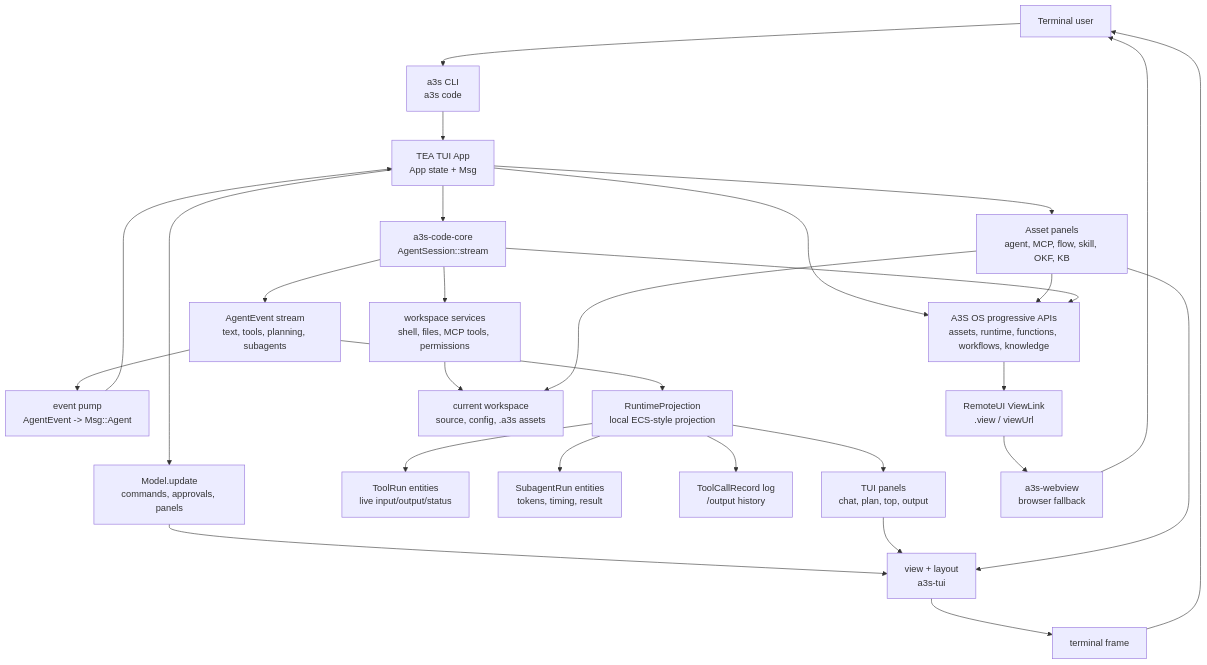
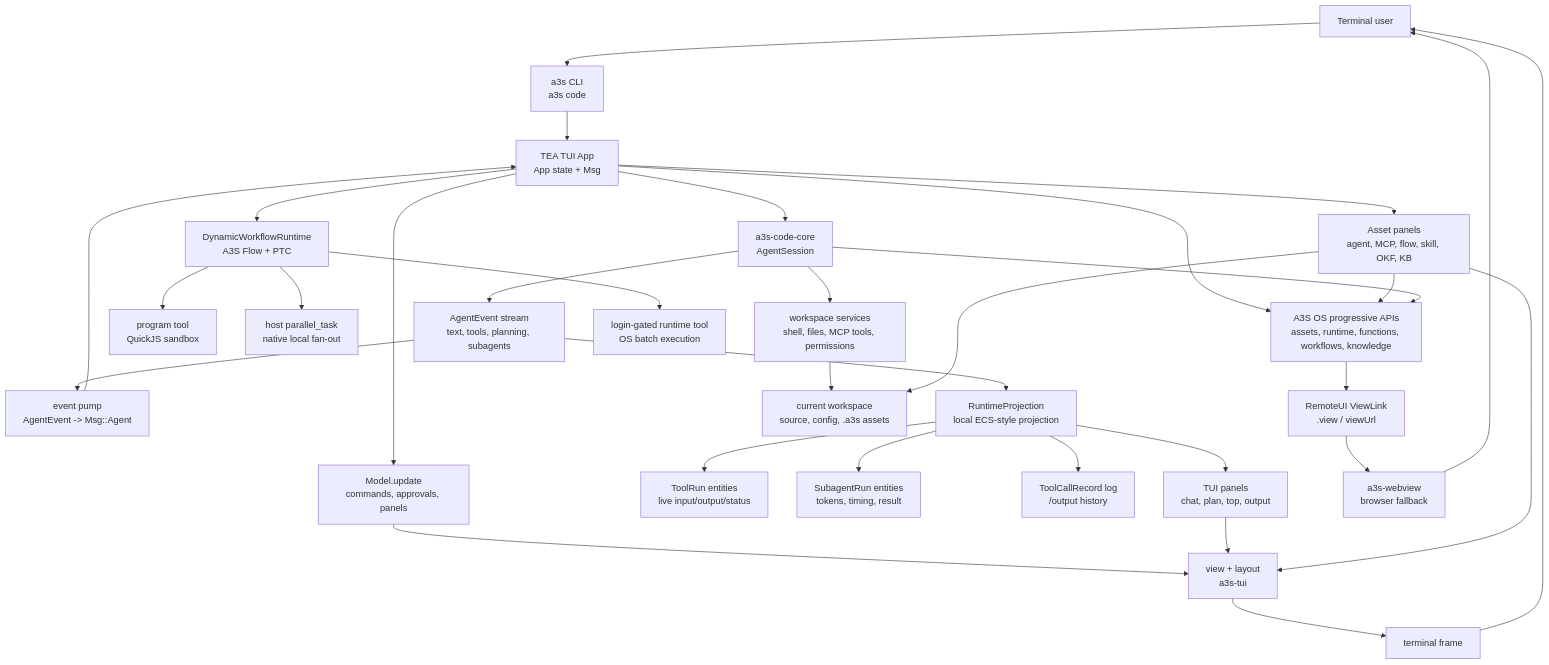
Before and after one commit to A3S-Lab/CLI: the diagram in README.md, drawn with Mermaid. The commit also changed other lines of this file, not shown here.

Commit message:
docs: expand A3S Code TUI README

````diff
--- a/README.md
+++ b/README.md
@@ -73,36 +98,41 @@
 ```mermaid
 flowchart TD
     user["Terminal user"] --> cli["a3s CLI<br/>a3s code"]
     cli --> app["TEA TUI App<br/>App state + Msg"]
 
-    app --> core["a3s-code-core<br/>AgentSession::stream"]
+    app --> core["a3s-code-core<br/>AgentSession"]
     core --> events["AgentEvent stream<br/>text, tools, planning, subagents"]
     events --> pump["event pump<br/>AgentEvent -> Msg::Agent"]
     pump --> app
 
     app --> update["Model.update<br/>commands, approvals, panels"]
     update --> render["view + layout<br/>a3s-tui"]
     render --> frame["terminal frame"]
     frame --> user
 
     events --> projection["RuntimeProjection<br/>local ECS-style projection"]
     projection --> toolrun["ToolRun entities<br/>live input/output/status"]
     projection --> subrun["SubagentRun entities<br/>tokens, timing, result"]
     projection --> toollog["ToolCallRecord log<br/>/output history"]
 
+    app --> dynamic["DynamicWorkflowRuntime<br/>A3S Flow + PTC"]
+    dynamic --> program["program tool<br/>QuickJS sandbox"]
+    dynamic --> hostparallel["host parallel_task<br/>native local fan-out"]
+
     projection --> panels["TUI panels<br/>chat, plan, top, output"]
     app --> assets["Asset panels<br/>agent, MCP, flow, skill, OKF, KB"]
     panels --> render
     assets --> render
 
     core --> workspace["workspace services<br/>shell, files, MCP tools, permissions"]
     workspace --> project["current workspace<br/>source, config, .a3s assets"]
     assets --> project
 
     app --> os["A3S OS progressive APIs<br/>assets, runtime, functions, workflows, knowledge"]
+    dynamic --> osruntime["login-gated runtime tool<br/>OS batch execution"]
     assets --> os
     core --> os
     os --> remote["RemoteUI ViewLink<br/>.view / viewUrl"]
     remote --> webview["a3s-webview<br/>browser fallback"]
     webview --> user
 ```
````
